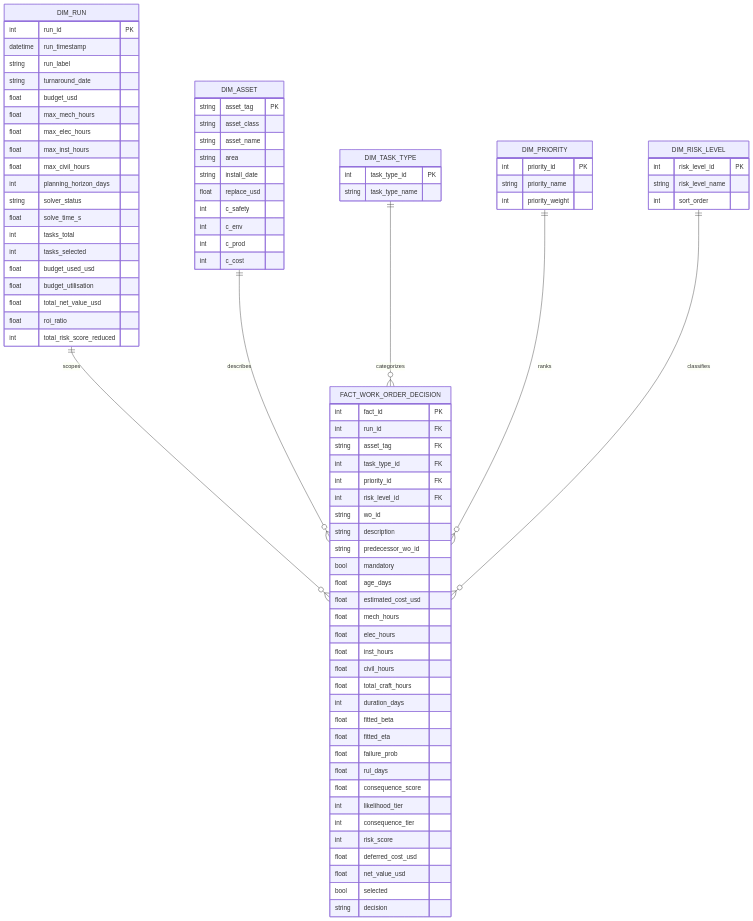
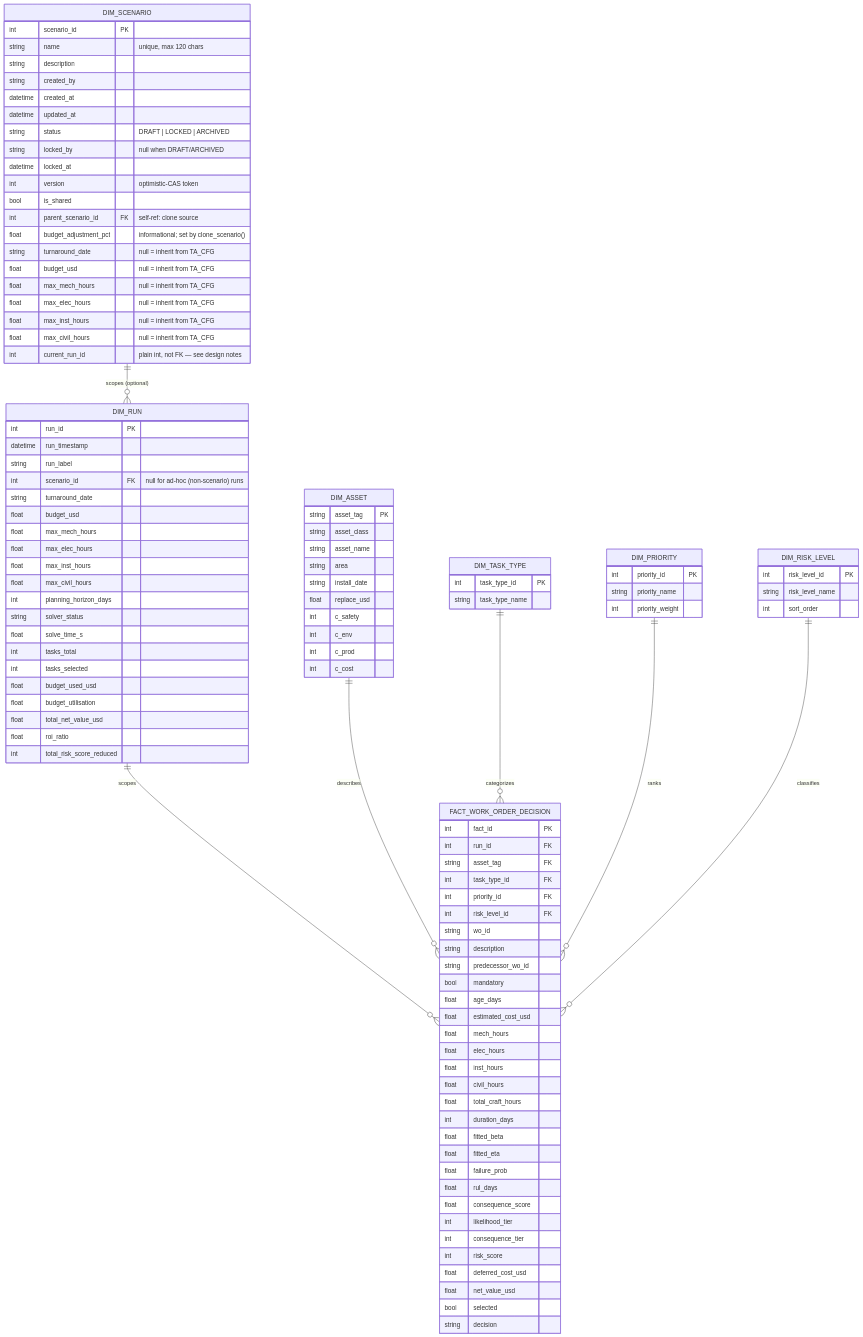
The diagram in docs/DATABASE_SCHEMA.md (AhmadBaraWirayudha/Plant-Shutdown-Turnaround-Knapsack-Optimizer), drawn with Mermaid before and after one commit. The commit also changed other lines of this file and 30 other files, not shown here.

````diff
--- a/docs/DATABASE_SCHEMA.md
+++ b/docs/DATABASE_SCHEMA.md
@@ -30,15 +35,40 @@
 ```mermaid
 erDiagram
+    DIM_SCENARIO ||--o{ DIM_RUN : "scopes (optional)"
     DIM_RUN ||--o{ FACT_WORK_ORDER_DECISION : "scopes"
     DIM_ASSET ||--o{ FACT_WORK_ORDER_DECISION : "describes"
     DIM_TASK_TYPE ||--o{ FACT_WORK_ORDER_DECISION : "categorizes"
     DIM_PRIORITY ||--o{ FACT_WORK_ORDER_DECISION : "ranks"
     DIM_RISK_LEVEL ||--o{ FACT_WORK_ORDER_DECISION : "classifies"
 
+    DIM_SCENARIO {
+        int scenario_id PK
+        string name "unique, max 120 chars"
+        string description
+        string created_by
+        datetime created_at
+        datetime updated_at
+        string status "DRAFT | LOCKED | ARCHIVED"
+        string locked_by "null when DRAFT/ARCHIVED"
+        datetime locked_at
+        int version "optimistic-CAS token"
+        bool is_shared
+        int parent_scenario_id FK "self-ref: clone source"
+        float budget_adjustment_pct "informational; set by clone_scenario()"
+        string turnaround_date "null = inherit from TA_CFG"
+        float budget_usd "null = inherit from TA_CFG"
+        float max_mech_hours "null = inherit from TA_CFG"
+        float max_elec_hours "null = inherit from TA_CFG"
+        float max_inst_hours "null = inherit from TA_CFG"
+        float max_civil_hours "null = inherit from TA_CFG"
+        int current_run_id "plain int, not FK — see design notes"
+    }
+
     DIM_RUN {
         int run_id PK
         datetime run_timestamp
         string run_label
+        int scenario_id FK "null for ad-hoc (non-scenario) runs"
         string turnaround_date
         float budget_usd
         float max_mech_hours
````
